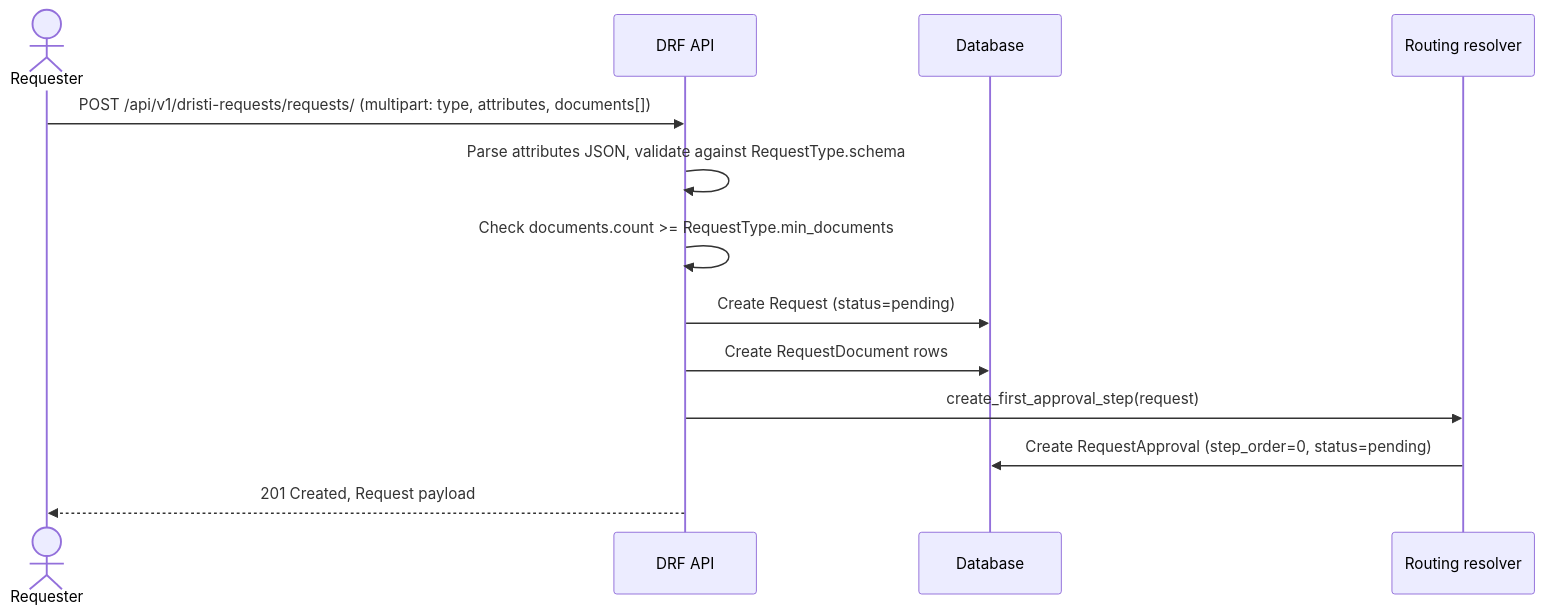
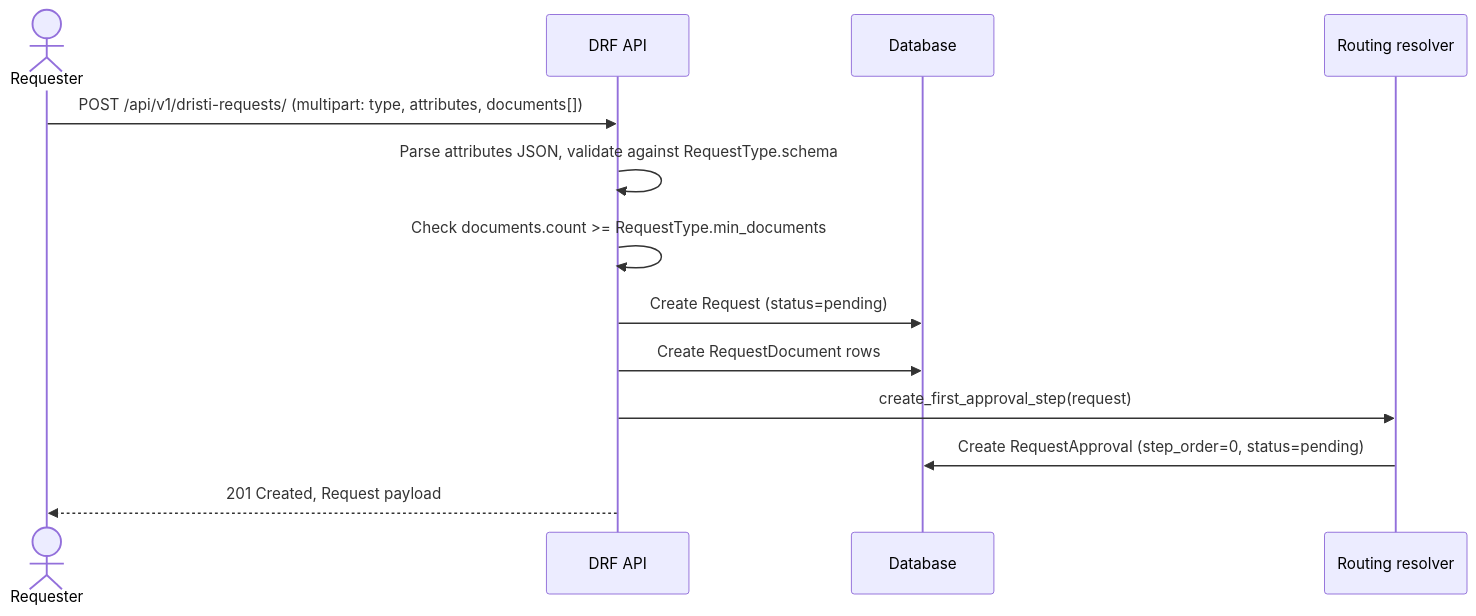
One commit to pucardotorg/dristi-be changed the fifth of 8 diagrams in spec/0010-simple-requests-flow.md. Above: the diagram before and after it, drawn with Mermaid. The commit also changed other lines of this file and 4 other files, not shown here.

````diff
--- a/spec/0010-simple-requests-flow.md
+++ b/spec/0010-simple-requests-flow.md
@@ -321,16 +322,16 @@
 ```mermaid
 sequenceDiagram
     actor U as Requester
     participant API as DRF API
     participant DB as Database
     participant R as Routing resolver
 
-    U->>API: POST /api/v1/dristi-requests/requests/ (multipart: type, attributes, documents[])
+    U->>API: POST /api/v1/dristi-requests/ (multipart: type, attributes, documents[])
     API->>API: Parse attributes JSON, validate against RequestType.schema
     API->>API: Check documents.count >= RequestType.min_documents
     API->>DB: Create Request (status=pending)
     API->>DB: Create RequestDocument rows
     API->>R: create_first_approval_step(request)
     R->>DB: Create RequestApproval (step_order=0, status=pending)
     API-->>U: 201 Created, Request payload
 ```
````
